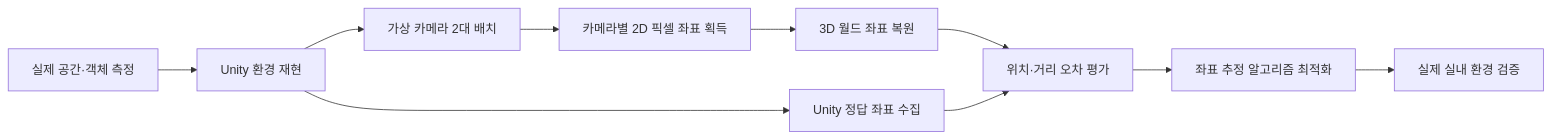
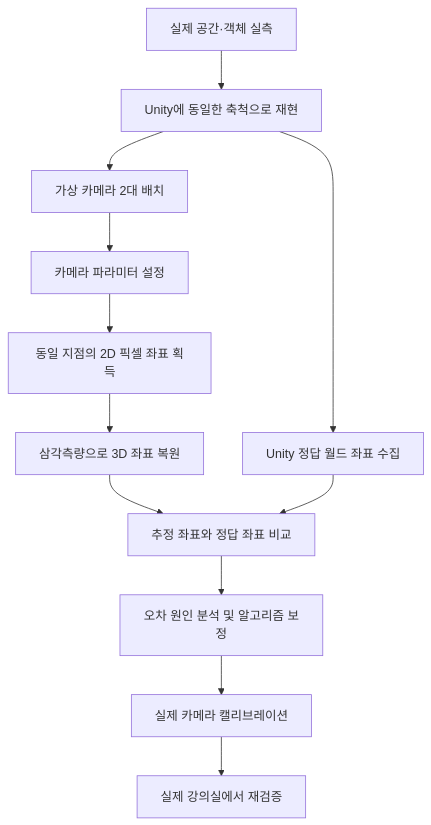
Before and after one commit to geunchanKim/Comprehensive-Design-Project2-CCTV-Safety: the diagram in README.md, drawn with Mermaid. The commit also changed other lines of this file, not shown here.

````diff
--- a/README.md
+++ b/README.md
@@ -40,12 +67,14 @@
 ```mermaid
-flowchart LR
-    A[실제 공간·객체 측정] --> B[Unity 환경 재현]
+flowchart TD
+    A[실제 공간·객체 실측] --> B[Unity에 동일한 축척으로 재현]
     B --> C[가상 카메라 2대 배치]
-    C --> D[카메라별 2D 픽셀 좌표 획득]
-    D --> E[3D 월드 좌표 복원]
-    B --> F[Unity 정답 좌표 수집]
-    E --> G[위치·거리 오차 평가]
-    F --> G
-    G --> H[좌표 추정 알고리즘 최적화]
-    H --> I[실제 실내 환경 검증]
+    C --> D[카메라 파라미터 설정]
+    D --> E[동일 지점의 2D 픽셀 좌표 획득]
+    E --> F[삼각측량으로 3D 좌표 복원]
+    B --> G[Unity 정답 월드 좌표 수집]
+    F --> H[추정 좌표와 정답 좌표 비교]
+    G --> H
+    H --> I[오차 원인 분석 및 알고리즘 보정]
+    I --> J[실제 카메라 캘리브레이션]
+    J --> K[실제 강의실에서 재검증]
 ```
````
